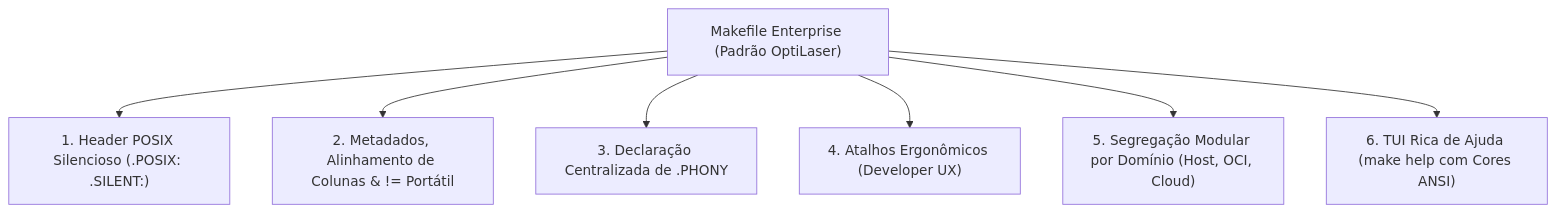
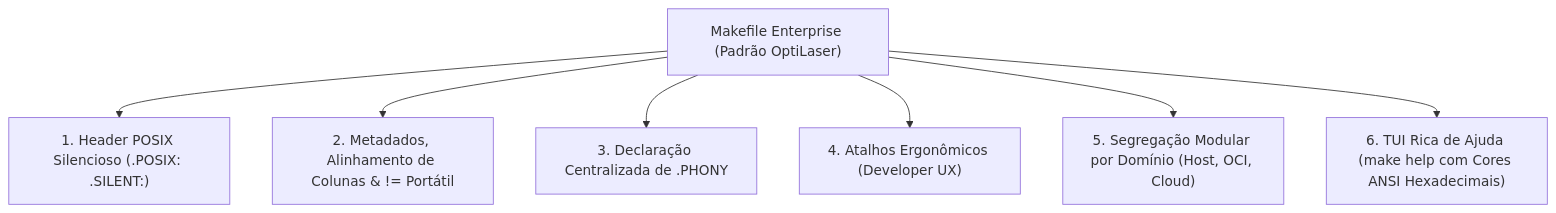
The diagram in skills/posix-makefile-architect/SKILL.md (GabrielFrigo4/profile), drawn with Mermaid before and after one commit. The commit also changed other lines of this file and 23 other files, not shown here.

````diff
--- a/skills/posix-makefile-architect/SKILL.md
+++ b/skills/posix-makefile-architect/SKILL.md
@@ -151,10 +136,10 @@
 ```mermaid
 flowchart TD
     M["Makefile Enterprise (Padrão OptiLaser)"]
     M --> B1["1. Header POSIX Silencioso (.POSIX: .SILENT:)"]
     M --> B2["2. Metadados, Alinhamento de Colunas & != Portátil"]
     M --> B3["3. Declaração Centralizada de .PHONY"]
     M --> B4["4. Atalhos Ergonômicos (Developer UX)"]
     M --> B5["5. Segregação Modular por Domínio (Host, OCI, Cloud)"]
-    M --> B6["6. TUI Rica de Ajuda (make help com Cores ANSI)"]
+    M --> B6["6. TUI Rica de Ajuda (make help com Cores ANSI Hexadecimais)"]
 ```
````
